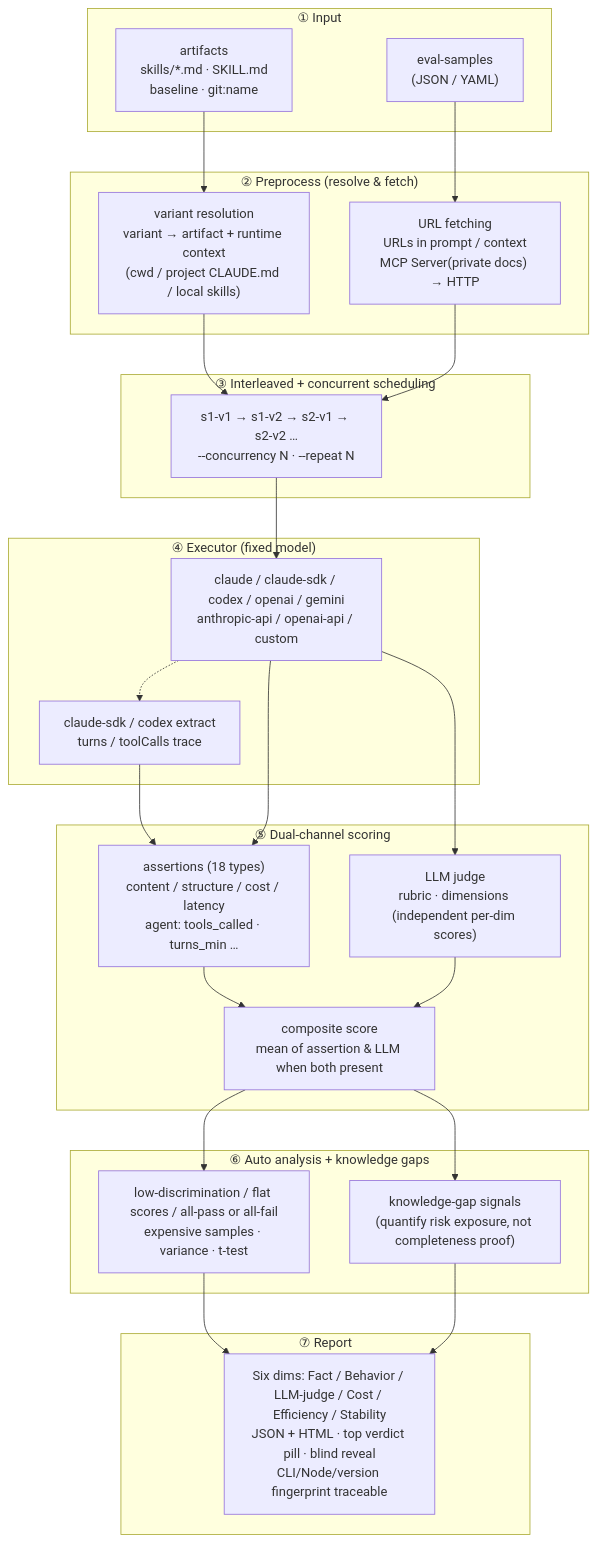
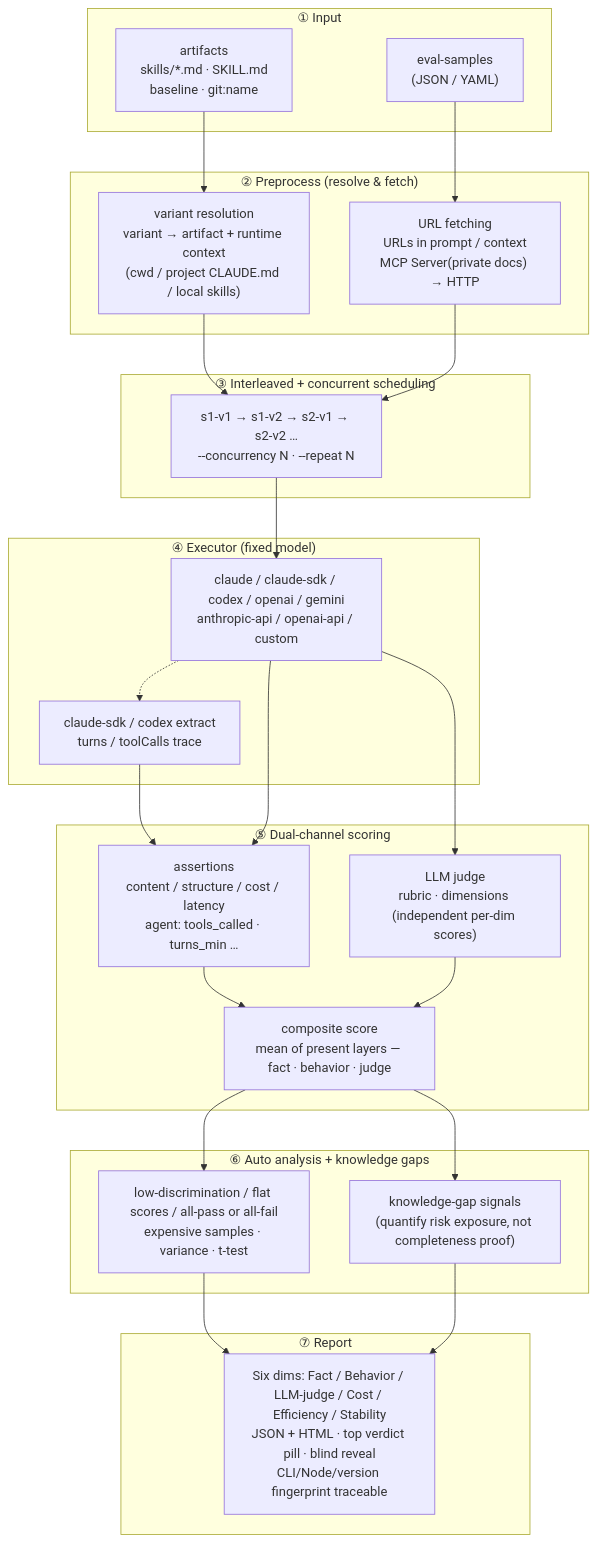
The diagram in docs/explanation/architecture.md (lizhiyao/oh-my-knowledge), drawn with Mermaid before and after one commit. The commit also changed other lines of this file and 13 other files, not shown here.

````diff
--- a/docs/explanation/architecture.md
+++ b/docs/explanation/architecture.md
@@ -5,52 +5,52 @@
 ```mermaid
 flowchart TD
     subgraph Input["① Input"]
         S["eval-samples<br/>(JSON / YAML)"]
         A["artifacts<br/>skills/*.md · SKILL.md<br/>baseline · git:name"]
     end
 
     subgraph Prep["② Preprocess (resolve & fetch)"]
         V["variant resolution<br/>variant → artifact + runtime context<br/>(cwd / project CLAUDE.md / local skills)"]
         U["URL fetching<br/>URLs in prompt / context<br/>MCP Server(private docs) → HTTP"]
     end
 
     subgraph Schedule["③ Interleaved + concurrent scheduling"]
         Q["s1-v1 → s1-v2 → s2-v1 → s2-v2 …<br/>--concurrency N · --repeat N"]
     end
 
     subgraph Exec["④ Executor (fixed model)"]
         E["claude / claude-sdk / codex / openai / gemini<br/>anthropic-api / openai-api / custom"]
         T["claude-sdk / codex extract<br/>turns / toolCalls trace"]
         E -.-> T
     end
 
     subgraph Score["⑤ Dual-channel scoring"]
-        AS["assertions (18 types)<br/>content / structure / cost / latency<br/>agent: tools_called · turns_min …"]
+        AS["assertions<br/>content / structure / cost / latency<br/>agent: tools_called · turns_min …"]
         LS["LLM judge<br/>rubric · dimensions (independent per-dim scores)"]
-        CS["composite score<br/>mean of assertion & LLM when both present"]
+        CS["composite score<br/>mean of present layers — fact · behavior · judge"]
         AS --> CS
         LS --> CS
     end
 
     subgraph Analyze["⑥ Auto analysis + knowledge gaps"]
         D["low-discrimination / flat scores / all-pass or all-fail<br/>expensive samples · variance · t-test"]
         G["knowledge-gap signals<br/>(quantify risk exposure, not completeness proof)"]
     end
 
     subgraph Report["⑦ Report"]
         R["Six dims: Fact / Behavior / LLM-judge / Cost / Efficiency / Stability<br/>JSON + HTML · top verdict pill · blind reveal<br/>CLI/Node/version fingerprint traceable"]
     end
 
     S --> U
     A --> V
     V --> Q
     U --> Q
     Q --> E
     T --> AS
     E --> AS
     E --> LS
     CS --> D
     CS --> G
     D --> R
     G --> R
 ```
````
